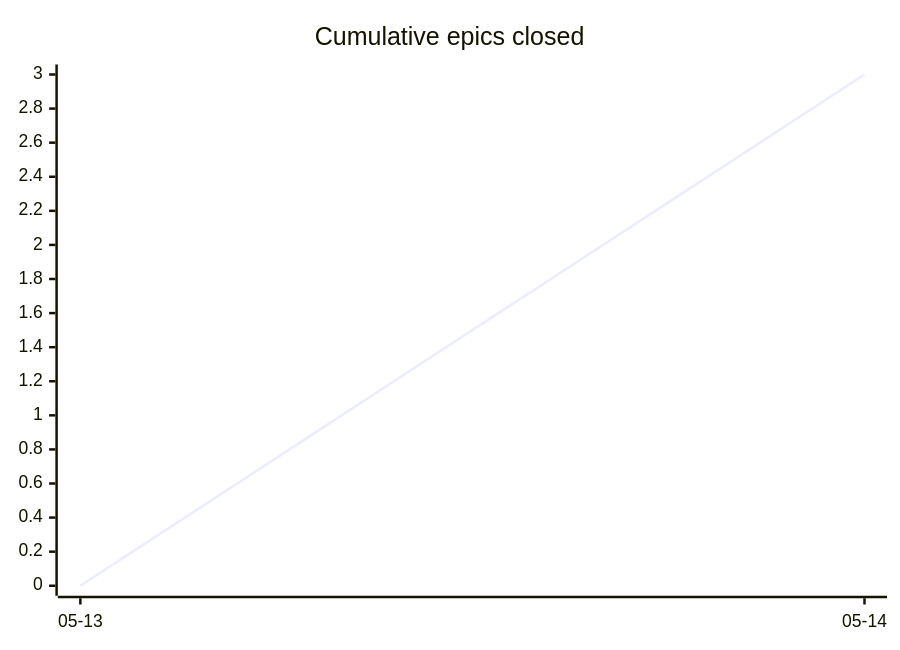
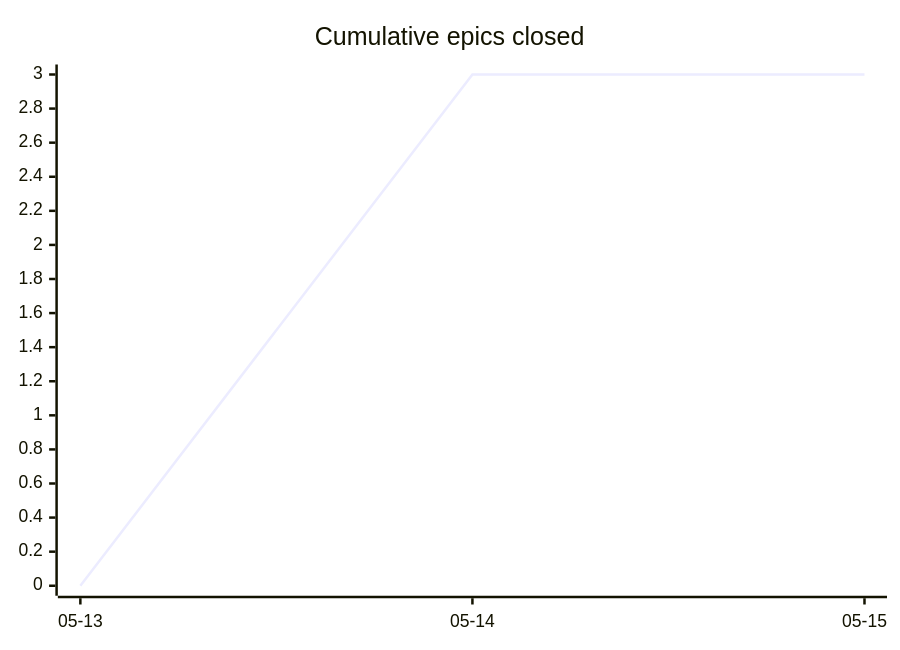
Before and after one commit to tgd1975/CircuitSmith: the second of 3 diagrams in docs/developers/tasks/OVERVIEW.md, drawn with Mermaid. The commit also changed other lines of this file and 4 other files, not shown here.

````diff
--- a/docs/developers/tasks/OVERVIEW.md
+++ b/docs/developers/tasks/OVERVIEW.md
@@ -30,6 +30,6 @@
 ```mermaid
 xychart-beta
     title "Cumulative epics closed"
-    x-axis ["05-13", "05-14"]
-    line [0, 3]
+    x-axis ["05-13", "05-14", "05-15"]
+    line [0, 3, 3]
 ```
````
